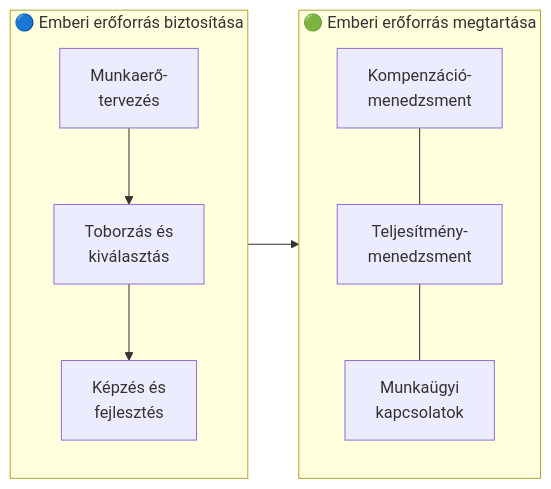
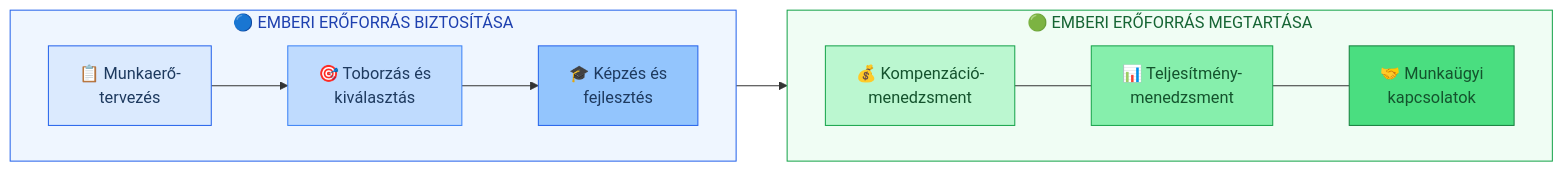
One commit to denespocsik/MM_BSC_Zarovizsga changed the diagram in Tételek/K08-GMXHR1MBLF-HRM fogalma, céljai, fő funkciói, HR stratégia.tétel.md. Above: the diagram before and after it, drawn with Mermaid.

Commit message:
style(K08): modernize HRM system flowchart with color-coded nodes
A K08-as tételben lévő HRM rendszer ábrát frissítettük.

- graph LR → flowchart LR szintaxisra migrálva, direction LR direktívával a subgraph-okon belül
- Emoji-k hozzáadva az egyes funkció-csomópontokhoz (📋 🎯 🎓 💰 📊 🤝)
- Kék árnyalatú (dbeafe–93c5fd) színskála az „Emberi erőforrás biztosítása" blokkhoz
- Zöld árnyalatú (bbf7d0–4ade80) színskála az „Emberi erőforrás megtartása" blokkhoz
- Fokozatos telítettség vizuálisan jelzi a folyamaton belüli haladást
- Subgraph-keretek is kaptak háttér- és szövegszínt a jobb olvashatóságért

Érintett fájl: Tételek/K08-GMXHR1MBLF-HRM fogalma, céljai, fő funkciói, HR stratégia.tétel.md

````diff
--- a/Tételek/K08-GMXHR1MBLF-HRM fogalma, céljai, fő funkciói, HR stratégia.tétel.md
+++ b/Tételek/K08-GMXHR1MBLF-HRM fogalma, céljai, fő funkciói, HR stratégia.tétel.md
@@ -15,10 +15,21 @@
 ```mermaid
-graph LR
-    subgraph B1["🔵 Emberi erőforrás biztosítása"]
-        A1[Munkaerő-\ntervezés] --> A2[Toborzás és\nkiválasztás] --> A3[Képzés és\nfejlesztés]
+flowchart LR
+    subgraph B1["🔵 EMBERI ERŐFORRÁS BIZTOSÍTÁSA"]
+        direction LR
+        A1["📋 Munkaerő-\ntervezés"] --> A2["🎯 Toborzás és\nkiválasztás"] --> A3["🎓 Képzés és\nfejlesztés"]
     end
-    subgraph B2["🟢 Emberi erőforrás megtartása"]
-        A4[Kompenzáció-\nmenedzsment] --- A5[Teljesítmény-\nmenedzsment] --- A6[Munkaügyi\nkapcsolatok]
+    subgraph B2["🟢 EMBERI ERŐFORRÁS MEGTARTÁSA"]
+        direction LR
+        A4["💰 Kompenzáció-\nmenedzsment"] --- A5["📊 Teljesítmény-\nmenedzsment"] --- A6["🤝 Munkaügyi\nkapcsolatok"]
     end
     B1 --> B2
+
+    style A1 fill:#dbeafe,stroke:#2563eb,color:#1e3a5f
+    style A2 fill:#bfdbfe,stroke:#3b82f6,color:#1e3a5f
+    style A3 fill:#93c5fd,stroke:#2563eb,color:#1e3a5f
+    style A4 fill:#bbf7d0,stroke:#16a34a,color:#14532d
+    style A5 fill:#86efac,stroke:#16a34a,color:#14532d
+    style A6 fill:#4ade80,stroke:#15803d,color:#14532d
+    style B1 fill:#eff6ff,stroke:#2563eb,color:#1e40af
+    style B2 fill:#f0fdf4,stroke:#16a34a,color:#166534
 ```
````
